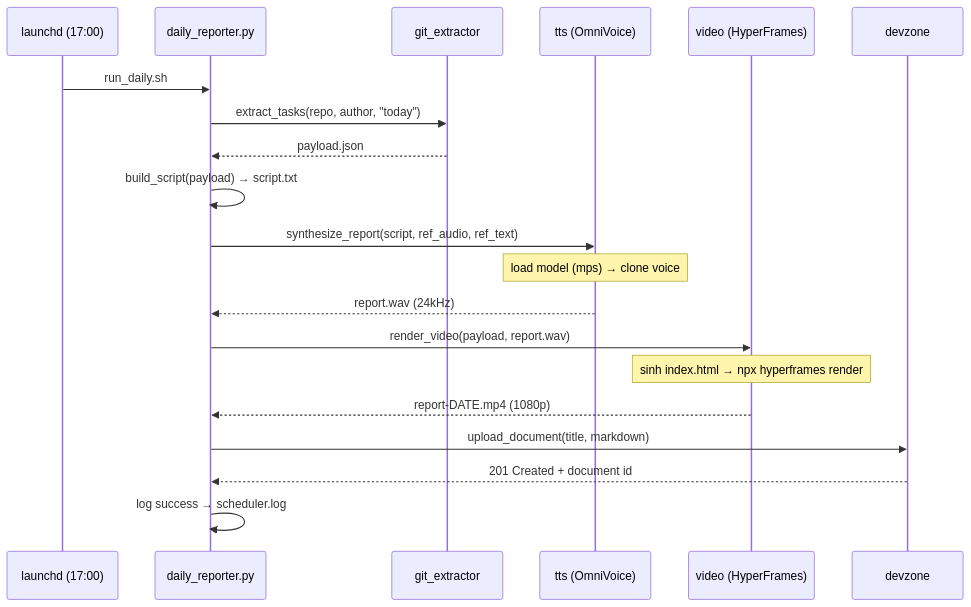
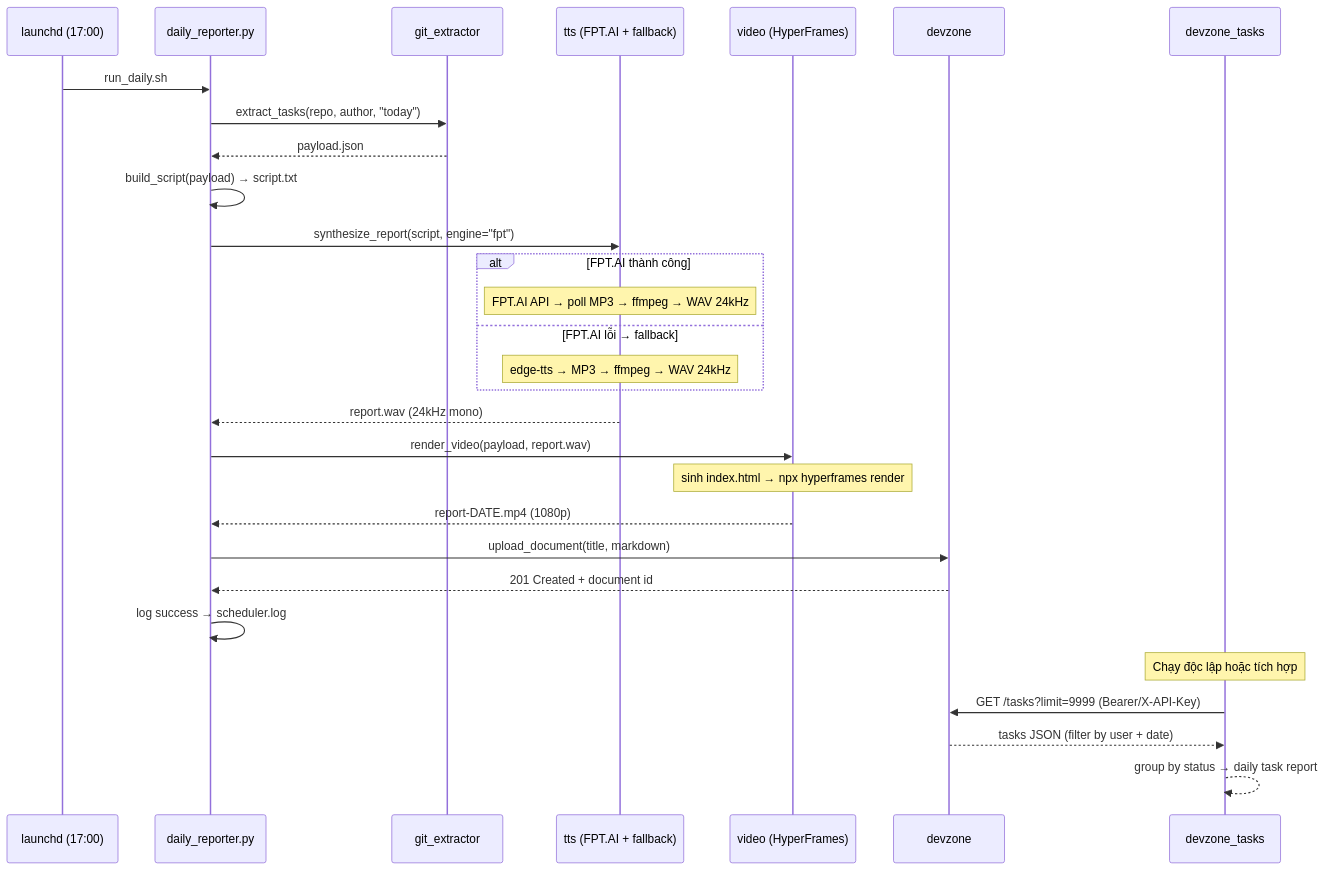
The third of 5 diagrams in ARCHITECTURE.md (thienpham1567/report-daily), drawn with Mermaid before and after one commit. The commit also changed other lines of this file and 12 other files, not shown here.

````diff
--- a/ARCHITECTURE.md
+++ b/ARCHITECTURE.md
@@ -128,23 +129,33 @@
 ```mermaid
 sequenceDiagram
     participant Sched as launchd (17:00)
     participant Orch as daily_reporter.py
     participant Git as git_extractor
-    participant TTS as tts (OmniVoice)
+    participant TTS as tts (FPT.AI + fallback)
     participant Vid as video (HyperFrames)
     participant DZ as devzone
+    participant DZT as devzone_tasks
 
     Sched->>Orch: run_daily.sh
     Orch->>Git: extract_tasks(repo, author, "today")
     Git-->>Orch: payload.json
     Orch->>Orch: build_script(payload) → script.txt
-    Orch->>TTS: synthesize_report(script, ref_audio, ref_text)
-    Note over TTS: load model (mps) → clone voice
-    TTS-->>Orch: report.wav (24kHz)
+    Orch->>TTS: synthesize_report(script, engine="fpt")
+    alt FPT.AI thành công
+        Note over TTS: FPT.AI API → poll MP3 → ffmpeg → WAV 24kHz
+    else FPT.AI lỗi → fallback
+        Note over TTS: edge-tts → MP3 → ffmpeg → WAV 24kHz
+    end
+    TTS-->>Orch: report.wav (24kHz mono)
     Orch->>Vid: render_video(payload, report.wav)
     Note over Vid: sinh index.html → npx hyperframes render
     Vid-->>Orch: report-DATE.mp4 (1080p)
     Orch->>DZ: upload_document(title, markdown)
     DZ-->>Orch: 201 Created + document id
     Orch->>Orch: log success → scheduler.log
+
+    Note over DZT: Chạy độc lập hoặc tích hợp
+    DZT->>DZ: GET /tasks?limit=9999 (Bearer/X-API-Key)
+    DZ-->>DZT: tasks JSON (filter by user + date)
+    DZT-->>DZT: group by status → daily task report
 ```
````
